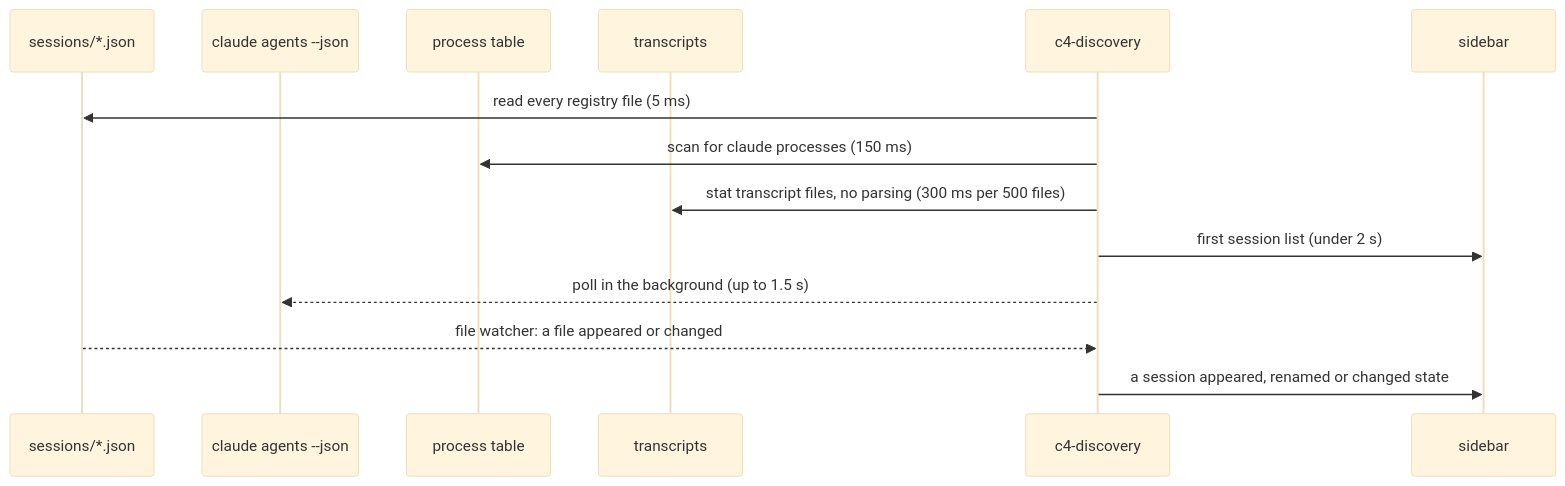
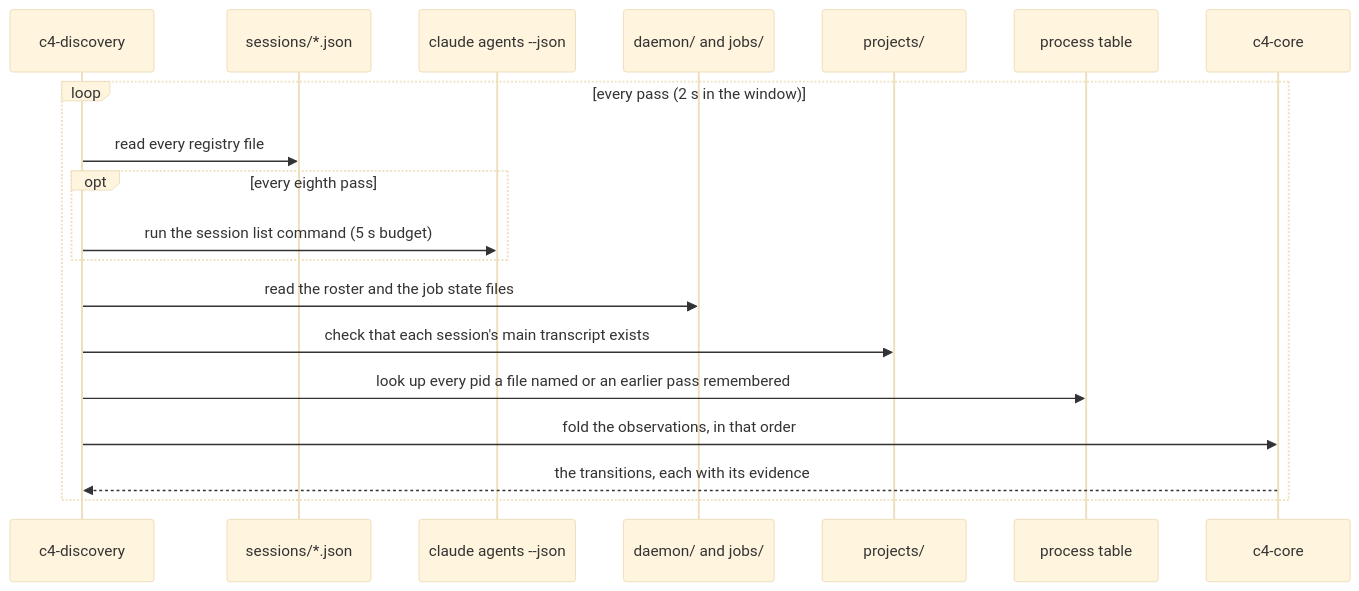
Before and after one commit to watchthelight/C4: the first of 2 diagrams in docs/HOW-IT-WORKS.md, drawn with Mermaid (base theme). The commit also changed other lines of this file and 1 other file, not shown here.

First line of the commit message:
docs: how-it-works and architecture with diagrams

````diff
--- a/docs/HOW-IT-WORKS.md
+++ b/docs/HOW-IT-WORKS.md
@@ -29,16 +57,21 @@
 ```mermaid
 sequenceDiagram
+    participant D as c4-discovery
     participant R as sessions/*.json
     participant A as claude agents --json
+    participant J as daemon/ and jobs/
+    participant T as projects/
     participant P as process table
-    participant T as transcripts
-    participant D as c4-discovery
-    participant UI as sidebar
-    D->>R: read every registry file (5 ms)
-    D->>P: scan for claude processes (150 ms)
-    D->>T: stat transcript files, no parsing (300 ms per 500 files)
-    D->>UI: first session list (under 2 s)
-    D-->>A: poll in the background (up to 1.5 s)
-    R-->>D: file watcher: a file appeared or changed
-    D->>UI: a session appeared, renamed or changed state
+    participant C as c4-core
+    loop every pass (2 s in the window)
+        D->>R: read every registry file
+        opt every eighth pass
+            D->>A: run the session list command (5 s budget)
+        end
+        D->>J: read the roster and the job state files
+        D->>T: check that each session's main transcript exists
+        D->>P: look up every pid a file named or an earlier pass remembered
+        D->>C: fold the observations, in that order
+        C-->>D: the transitions, each with its evidence
+    end
 ```
````
